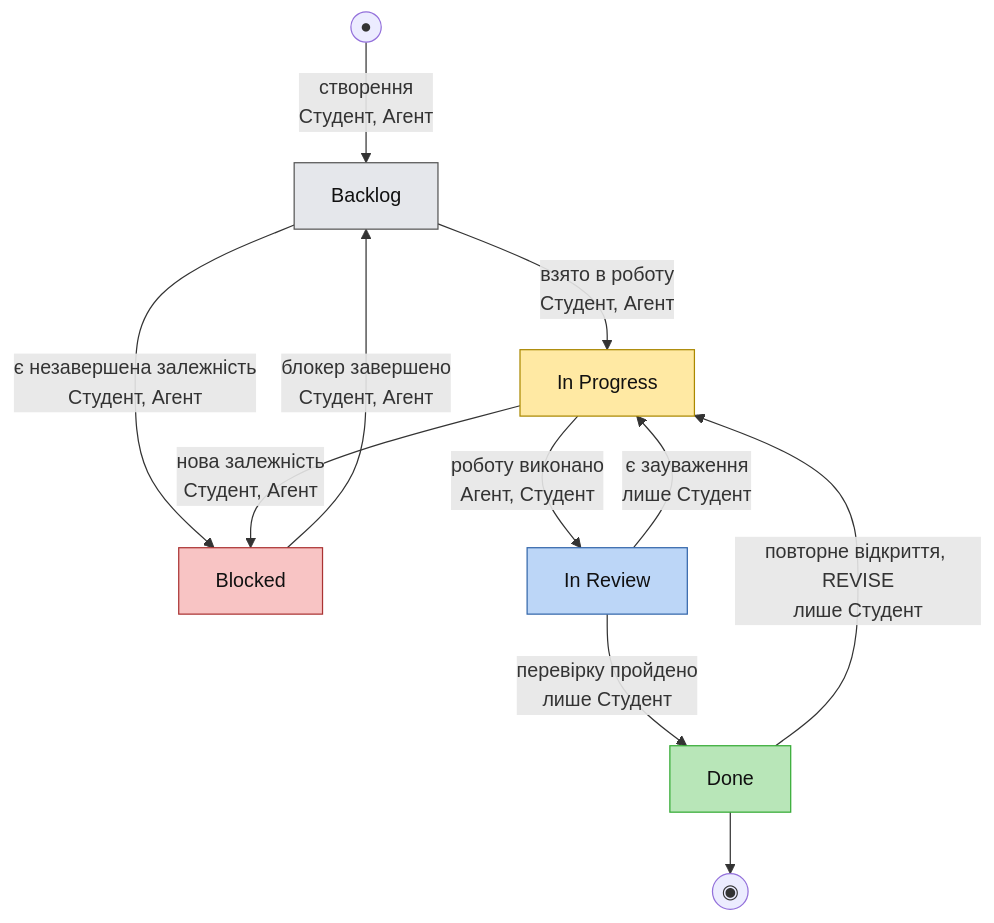
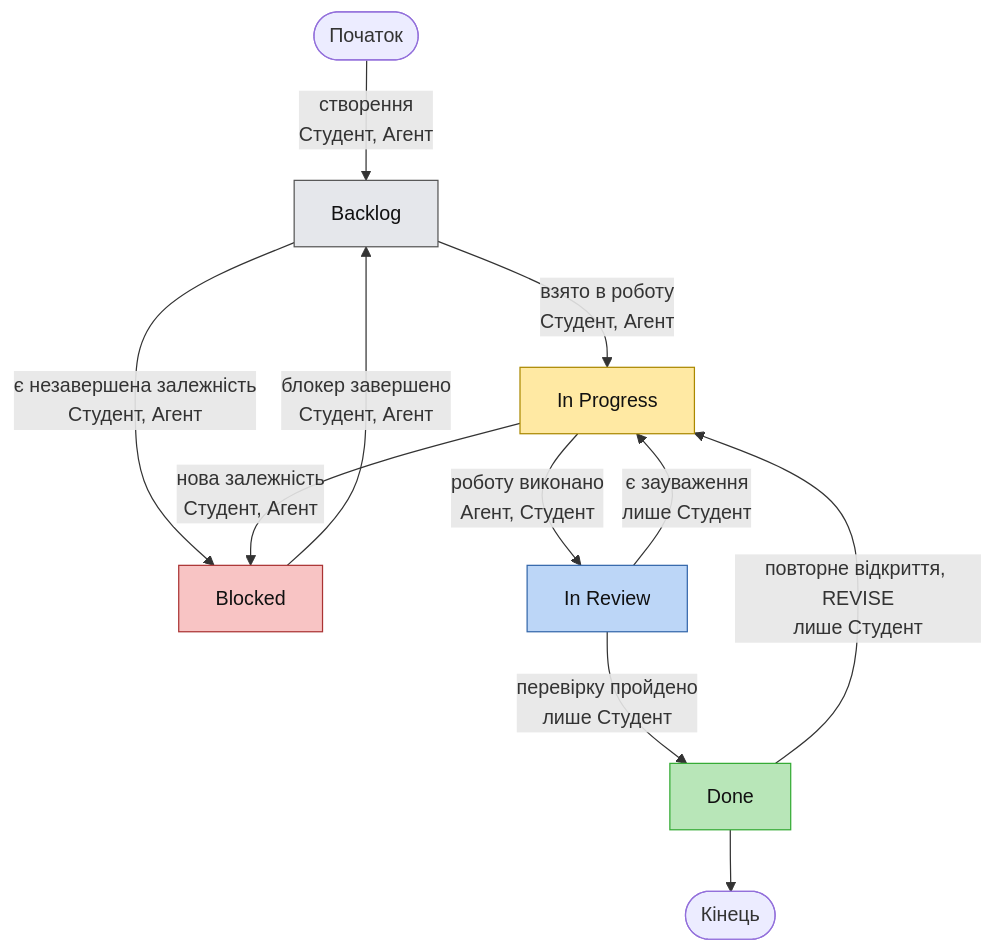
Before and after one commit to KovalSS/library-system: the diagram in plan/workflow.md, drawn with Mermaid.

Commit message:
docs: replace oversized start/end circles in lifecycle diagram

````diff
--- a/plan/workflow.md
+++ b/plan/workflow.md
@@ -9,19 +9,19 @@
 ```mermaid
 flowchart TD
-    START(("●")) -->|"створення<br/>Студент, Агент"| BL["Backlog"]
+    START(["Початок"]) -->|"створення<br/>Студент, Агент"| BL["Backlog"]
     BL -->|"є незавершена залежність<br/>Студент, Агент"| BK["Blocked"]
     BK -->|"блокер завершено<br/>Студент, Агент"| BL
     BL -->|"взято в роботу<br/>Студент, Агент"| IP["In Progress"]
     IP -->|"нова залежність<br/>Студент, Агент"| BK
     IP -->|"роботу виконано<br/>Агент, Студент"| IR["In Review"]
     IR -->|"є зауваження<br/>лише Студент"| IP
     IR -->|"перевірку пройдено<br/>лише Студент"| DN["Done"]
     DN -->|"повторне відкриття, REVISE<br/>лише Студент"| IP
-    DN --> END(("◉"))
+    DN --> END(["Кінець"])
 
     style BL fill:#e5e7eb,stroke:#555,color:#111
     style BK fill:#f8c4c4,stroke:#a33,color:#111
     style IP fill:#ffe9a3,stroke:#a80,color:#111
     style IR fill:#bcd6f7,stroke:#36a,color:#111
     style DN fill:#b8e6b8,stroke:#3a3,color:#111
 ```
````
